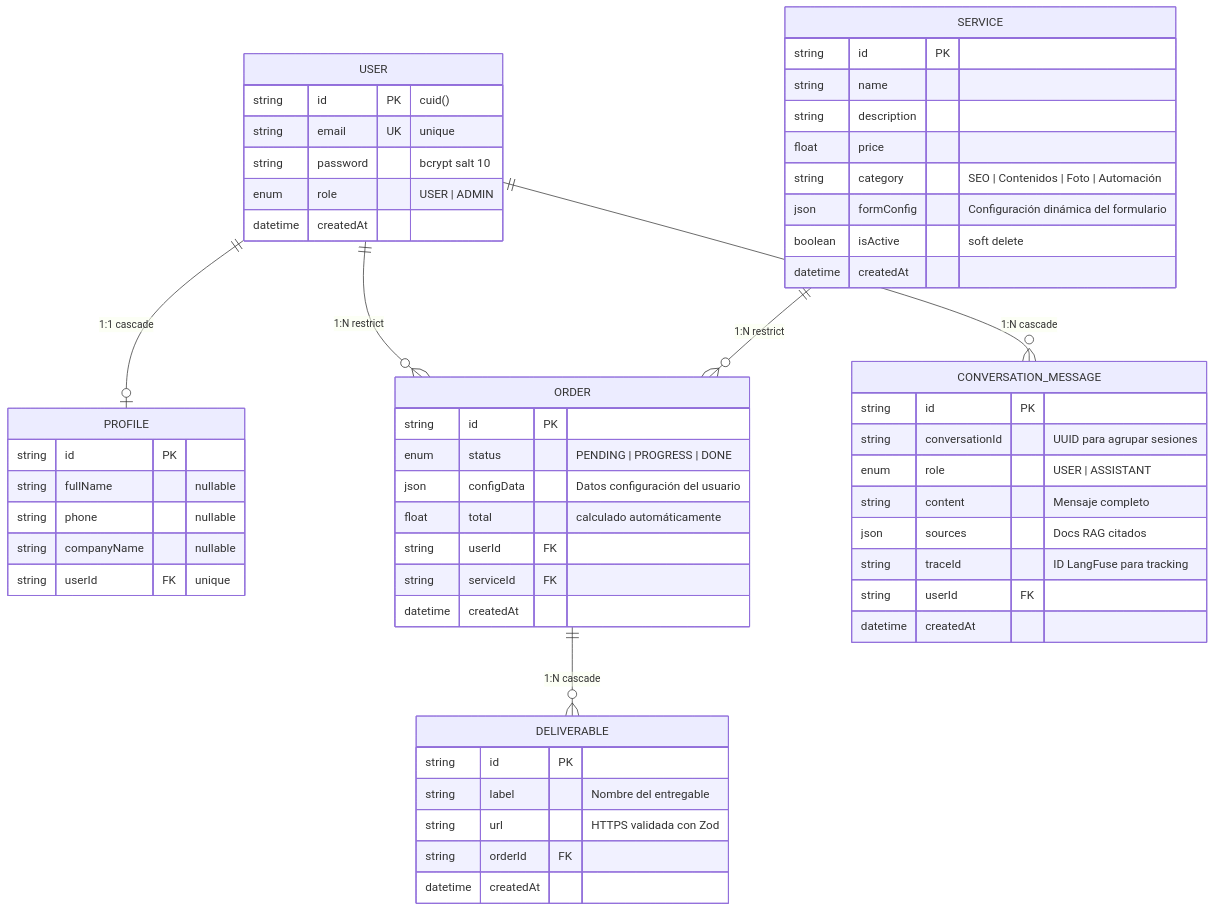
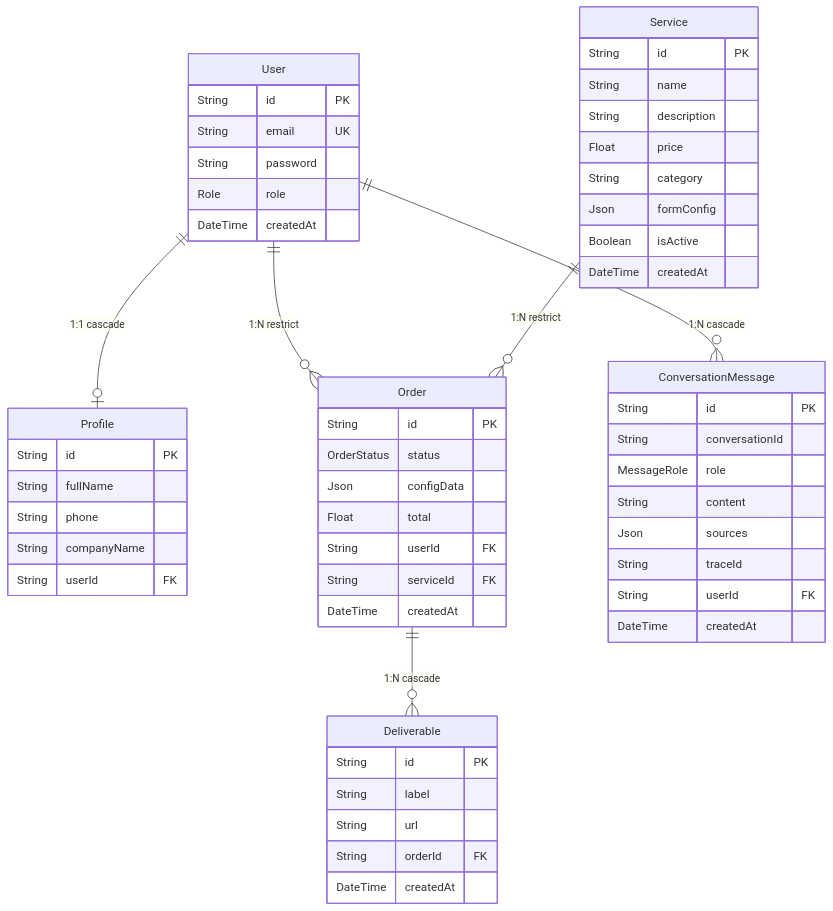
One commit to Sindy138/swift-studio-ecosystem changed the third of 7 diagrams in DOCUMENTO_TECNICO_COMPLETO.md. Above: the diagram before and after it, drawn with Mermaid. The commit also changed other lines of this file, not shown here.

````diff
--- a/DOCUMENTO_TECNICO_COMPLETO.md
+++ b/DOCUMENTO_TECNICO_COMPLETO.md
@@ -425,64 +205,59 @@
 ```mermaid
 erDiagram
-    USER ||--o| PROFILE : "1:1 cascade"
-    USER ||--o{ ORDER : "1:N restrict"
-    USER ||--o{ CONVERSATION_MESSAGE : "1:N cascade"
-    SERVICE ||--o{ ORDER : "1:N restrict"
-    ORDER ||--o{ DELIVERABLE : "1:N cascade"
-
-    USER {
-        string id PK "cuid()"
-        string email UK "unique"
-        string password "bcrypt salt 10"
-        enum role "USER | ADMIN"
-        datetime createdAt
+    User {
+        String id PK
+        String email UK
+        String password
+        Role role
+        DateTime createdAt
+    }
+    Profile {
+        String id PK
+        String fullName
+        String phone
+        String companyName
+        String userId FK
+    }
+    Service {
+        String id PK
+        String name
+        String description
+        Float price
+        String category
+        Json formConfig
+        Boolean isActive
+        DateTime createdAt
+    }
+    Order {
+        String id PK
+        OrderStatus status
+        Json configData
+        Float total
+        String userId FK
+        String serviceId FK
+        DateTime createdAt
+    }
+    Deliverable {
+        String id PK
+        String label
+        String url
+        String orderId FK
+        DateTime createdAt
+    }
+    ConversationMessage {
+        String id PK
+        String conversationId
+        MessageRole role
+        String content
+        Json sources
+        String traceId
+        String userId FK
+        DateTime createdAt
     }
 
-    PROFILE {
-        string id PK
-        string fullName "nullable"
-        string phone "nullable"
-        string companyName "nullable"
-        string userId FK "unique"
-    }
-
-    SERVICE {
-        string id PK
-        string name
-        string description
-        float price
-        string category "SEO | Contenidos | Foto | Automación"
-        json formConfig "Configuración dinámica del formulario"
-        boolean isActive "soft delete"
-        datetime createdAt
-    }
-
-    ORDER {
-        string id PK
-        enum status "PENDING | PROGRESS | DONE"
-        json configData "Datos configuración del usuario"
-        float total "calculado automáticamente"
-        string userId FK
-        string serviceId FK
-        datetime createdAt
-    }
-
-    DELIVERABLE {
-        string id PK
-        string label "Nombre del entregable"
-        string url "HTTPS validada con Zod"
-        string orderId FK
-        datetime createdAt
-    }
-
-    CONVERSATION_MESSAGE {
-        string id PK
-        string conversationId "UUID para agrupar sesiones"
-        enum role "USER | ASSISTANT"
-        string content "Mensaje completo"
-        json sources "Docs RAG citados"
-        string traceId "ID LangFuse para tracking"
-        string userId FK
-        datetime createdAt
-    }
+    User ||--o| Profile : "1:1 cascade"
+    User ||--o{ Order : "1:N restrict"
+    User ||--o{ ConversationMessage : "1:N cascade"
+    Service ||--o{ Order : "1:N restrict"
+    Order ||--o{ Deliverable : "1:N cascade"
 ```
````
